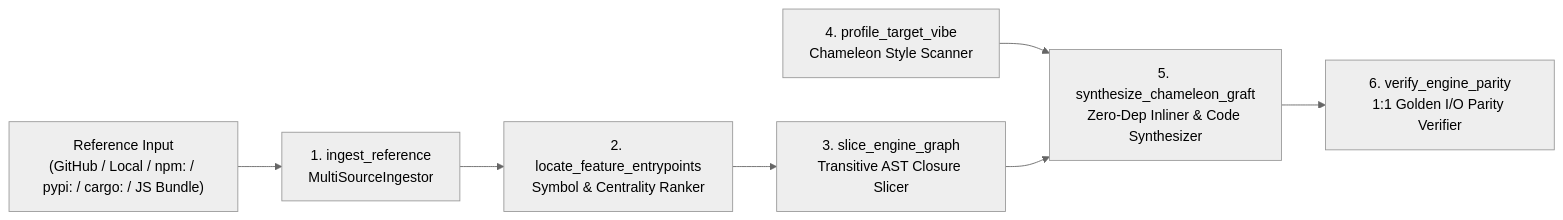
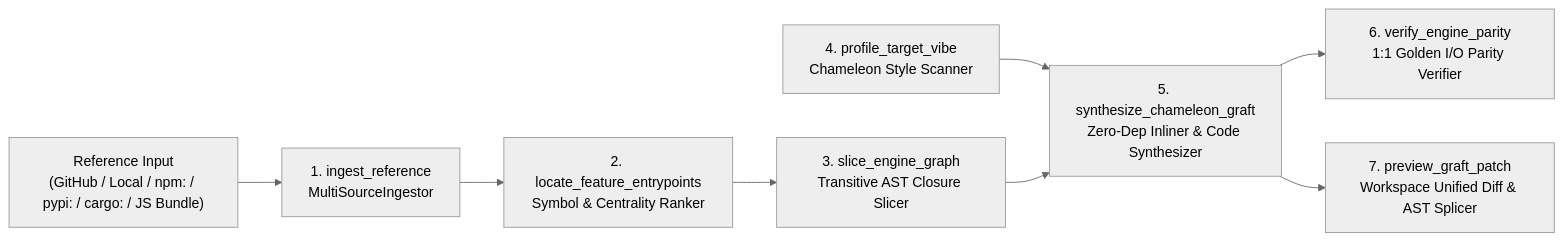
One commit to KR-PRO-Labs/clonevibe-mcp changed the diagram in README.md. Above: the diagram before and after it, drawn with Mermaid (neutral theme). The commit also changed other lines of this file and 10 other files, not shown here.

Commit message:
feat(shims,prompts,patch): expand zero-dep catalog, add MCP prompts protocol, and implement workspace patch previewer

````diff
--- a/README.md
+++ b/README.md
@@ -20,9 +20,10 @@
 ```mermaid
 flowchart LR
     A["Reference Input\n(GitHub / Local / npm: / pypi: / cargo: / JS Bundle)"] --> B["1. ingest_reference\nMultiSourceIngestor"]
     B --> C["2. locate_feature_entrypoints\nSymbol & Centrality Ranker"]
     C --> D["3. slice_engine_graph\nTransitive AST Closure Slicer"]
     E["4. profile_target_vibe\nChameleon Style Scanner"] --> F["5. synthesize_chameleon_graft\nZero-Dep Inliner & Code Synthesizer"]
     D --> F
     F --> G["6. verify_engine_parity\n1:1 Golden I/O Parity Verifier"]
+    F --> H["7. preview_graft_patch\nWorkspace Unified Diff & AST Splicer"]
 ```
````
